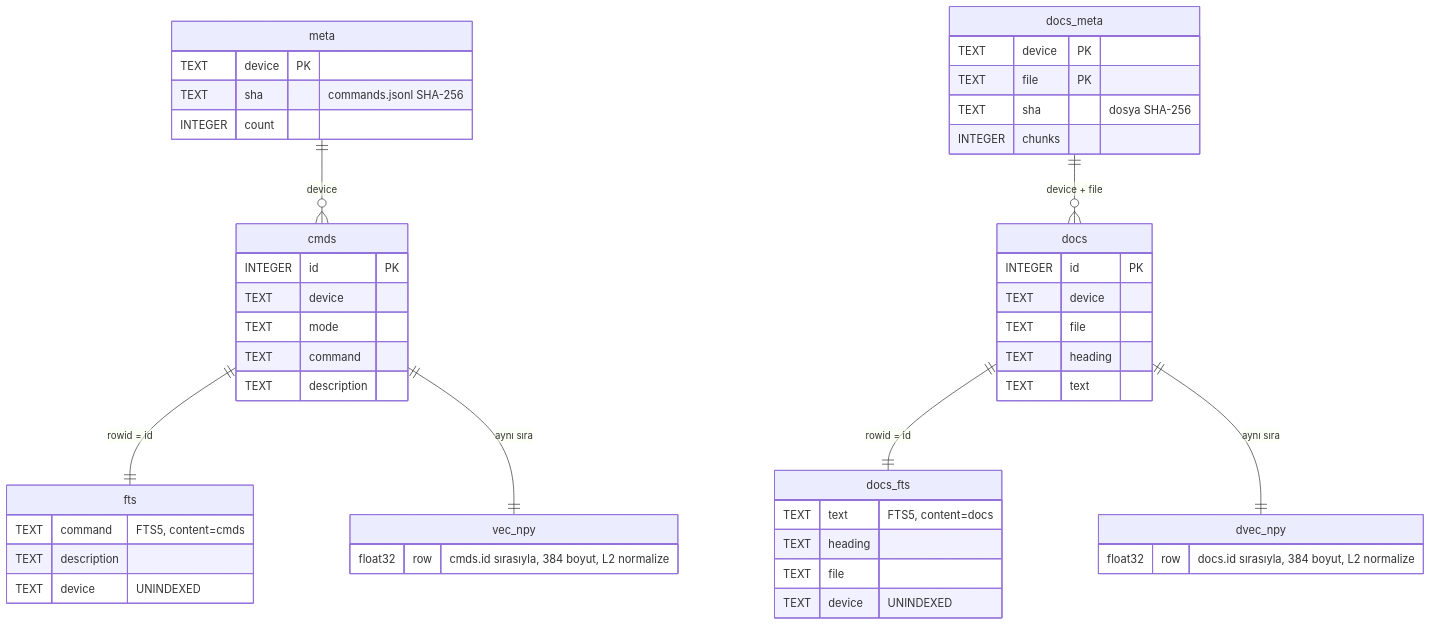
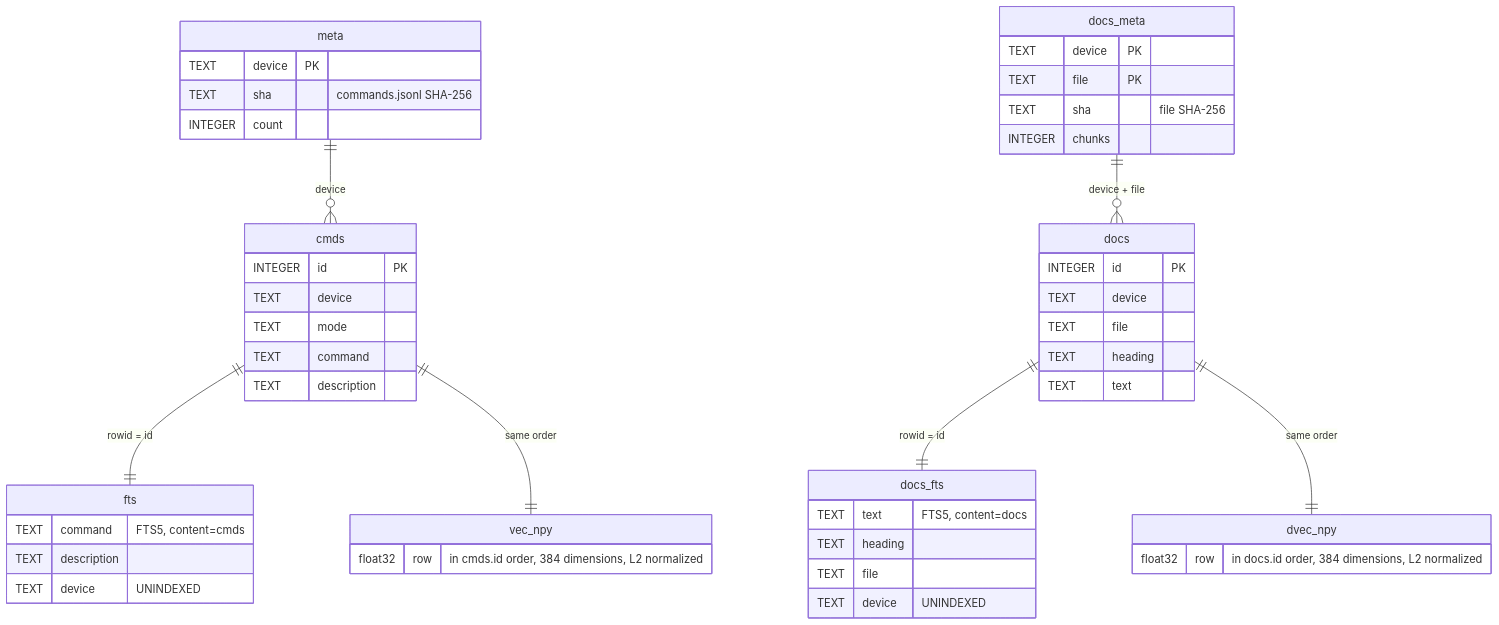
One commit to emreyigit-tasdelen/Sensei-Aruba changed the first of 5 diagrams in docs/architecture.md. Above: the diagram before and after it, drawn with Mermaid. The commit also changed other lines of this file and 16 other files, not shown here.

````diff
--- a/docs/architecture.md
+++ b/docs/architecture.md
@@ -35,51 +37,51 @@
 ```mermaid
 erDiagram
     cmds {
         INTEGER id PK
         TEXT device
         TEXT mode
         TEXT command
         TEXT description
     }
     fts {
         TEXT command "FTS5, content=cmds"
         TEXT description
         TEXT device "UNINDEXED"
     }
     meta {
         TEXT device PK
         TEXT sha "commands.jsonl SHA-256"
         INTEGER count
     }
     docs {
         INTEGER id PK
         TEXT device
         TEXT file
         TEXT heading
         TEXT text
     }
     docs_fts {
         TEXT text "FTS5, content=docs"
         TEXT heading
         TEXT file
         TEXT device "UNINDEXED"
     }
     docs_meta {
         TEXT device PK
         TEXT file PK
-        TEXT sha "dosya SHA-256"
+        TEXT sha "file SHA-256"
         INTEGER chunks
     }
     vec_npy {
-        float32 row "cmds.id sırasıyla, 384 boyut, L2 normalize"
+        float32 row "in cmds.id order, 384 dimensions, L2 normalized"
     }
     dvec_npy {
-        float32 row "docs.id sırasıyla, 384 boyut, L2 normalize"
+        float32 row "in docs.id order, 384 dimensions, L2 normalized"
     }
     cmds ||--|| fts : "rowid = id"
-    cmds ||--|| vec_npy : "aynı sıra"
+    cmds ||--|| vec_npy : "same order"
     meta ||--o{ cmds : "device"
     docs ||--|| docs_fts : "rowid = id"
-    docs ||--|| dvec_npy : "aynı sıra"
+    docs ||--|| dvec_npy : "same order"
     docs_meta ||--o{ docs : "device + file"
 ```
````
